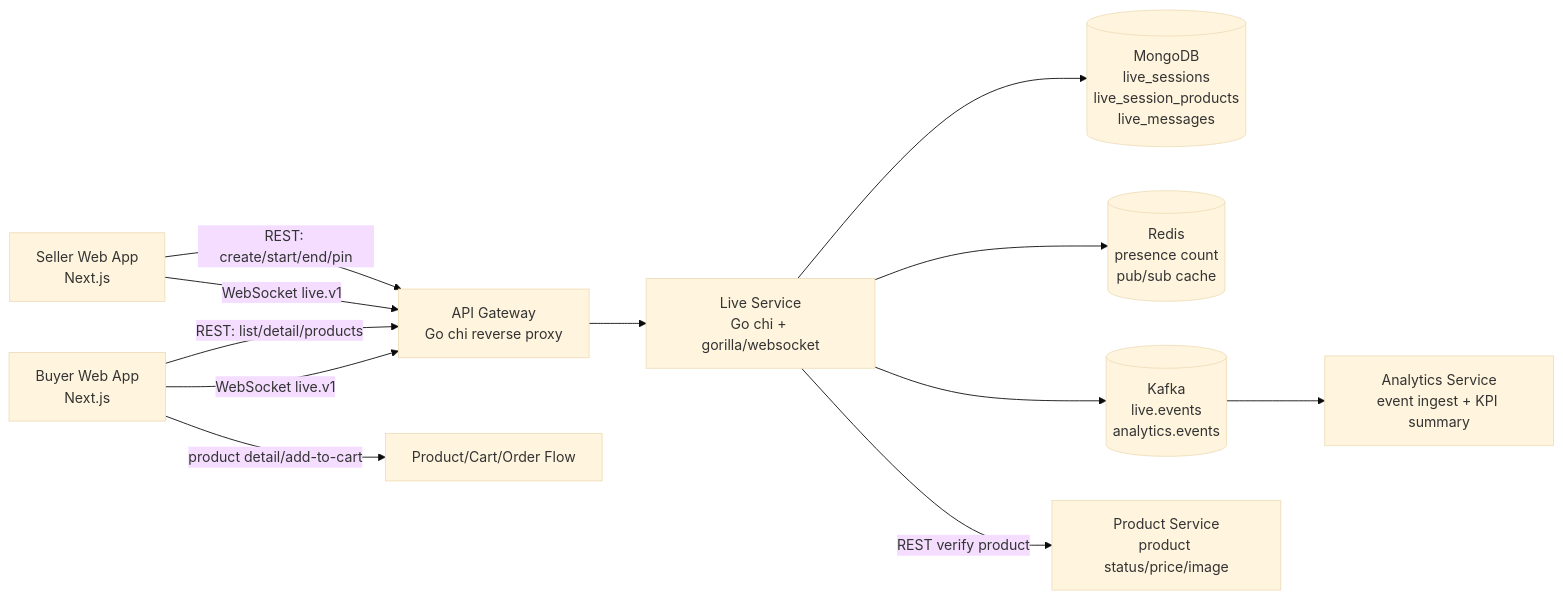
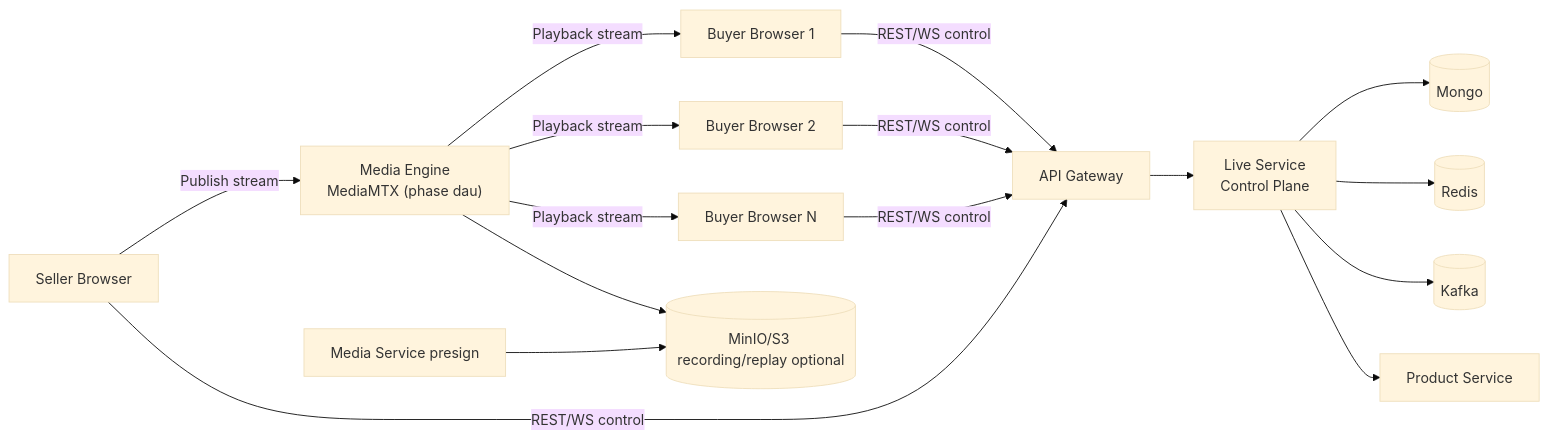
One commit to truong-devops/ecommerce-microservices changed the second of 3 diagrams in docs/architecture/livestream-service-development-plan.md. Above: the diagram before and after it, drawn with Mermaid (base theme). The commit also changed other lines of this file and 11 other files, not shown here.

Commit message:
feat(live): add media engine publish flow

````diff
--- a/docs/architecture/livestream-service-development-plan.md
+++ b/docs/architecture/livestream-service-development-plan.md
@@ -102,17 +115,21 @@
 ```mermaid
 flowchart LR
-  Seller[Seller Web App<br/>Next.js] -->|REST: create/start/end/pin| Gateway[API Gateway<br/>Go chi reverse proxy]
-  Buyer[Buyer Web App<br/>Next.js] -->|REST: list/detail/products| Gateway
-  Buyer -->|WebSocket live.v1| Gateway
-  Seller -->|WebSocket live.v1| Gateway
+  Seller[Seller Browser] -->|Publish stream| MediaEngine["Media Engine<br/>MediaMTX (phase dau)"]
+  MediaEngine -->|Playback stream| Buyer1[Buyer Browser 1]
+  MediaEngine -->|Playback stream| Buyer2[Buyer Browser 2]
+  MediaEngine -->|Playback stream| BuyerN[Buyer Browser N]
 
-  Gateway --> Live[Live Service<br/>Go chi + gorilla/websocket]
+  Seller -->|REST/WS control| APIGW[API Gateway]
+  Buyer1 -->|REST/WS control| APIGW
+  Buyer2 -->|REST/WS control| APIGW
+  BuyerN -->|REST/WS control| APIGW
 
-  Live --> Mongo[(MongoDB<br/>live_sessions<br/>live_session_products<br/>live_messages)]
-  Live --> Redis[(Redis<br/>presence count<br/>pub/sub cache)]
-  Live --> Kafka[(Kafka<br/>live.events<br/>analytics.events)]
-  Live -->|REST verify product| Product[Product Service<br/>product status/price/image]
+  APIGW --> LiveSvc["Live Service<br/>Control Plane"]
+  LiveSvc --> Mongo[(Mongo)]
+  LiveSvc --> Redis[(Redis)]
+  LiveSvc --> Kafka[(Kafka)]
+  LiveSvc --> ProductSvc[Product Service]
 
-  Kafka --> Analytics[Analytics Service<br/>event ingest + KPI summary]
-  Buyer -->|product detail/add-to-cart| Commerce[Product/Cart/Order Flow]
+  MediaEngine --> Obj[(MinIO/S3 recording/replay optional)]
+  MediaSvc[Media Service presign] --> Obj
 ```
````
